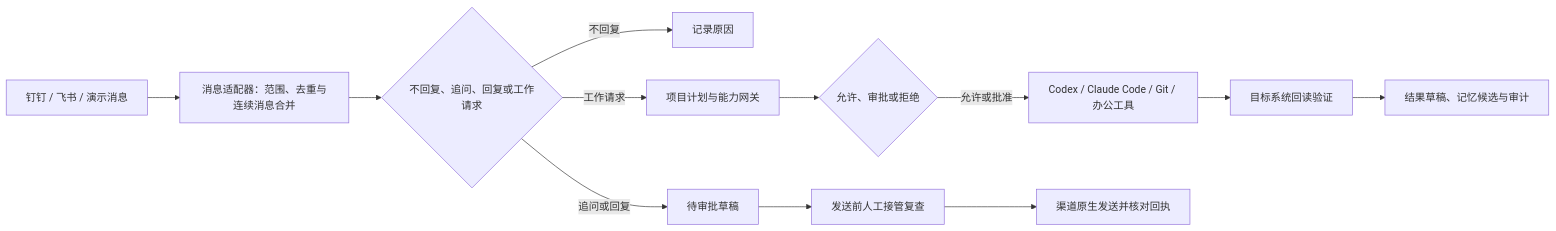
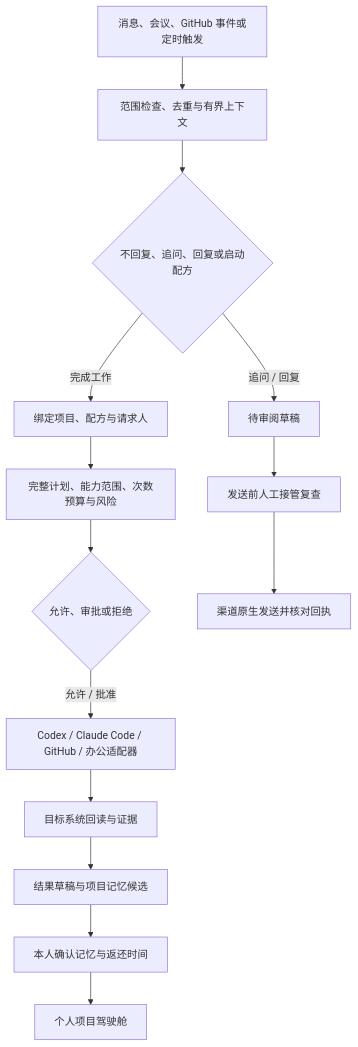
One commit to ruiwang20010702/ai-employee changed the first of 2 diagrams in README_ZH.md. Above: the diagram before and after it, drawn with Mermaid. The commit also changed other lines of this file and 81 other files, not shown here.

````diff
--- a/README_ZH.md
+++ b/README_ZH.md
@@ -38,14 +38,16 @@
 ```mermaid
-flowchart LR
-    A["钉钉 / 飞书 / 演示消息"] --> B["消息适配器：范围、去重与连续消息合并"]
-    B --> C{"不回复、追问、回复或工作请求"}
-    C -->|"不回复"| D["记录原因"]
-    C -->|"追问或回复"| E["待审批草稿"]
-    C -->|"工作请求"| F["项目计划与能力网关"]
+flowchart TD
+    A["消息、会议、GitHub 事件或定时触发"] --> B["范围检查、去重与有界上下文"]
+    B --> C{"不回复、追问、回复或启动配方"}
+    C -->|"追问 / 回复"| D["待审阅草稿"]
+    C -->|"完成工作"| E["绑定项目、配方与请求人"]
+    E --> F["完整计划、能力范围、次数预算与风险"]
     F --> G{"允许、审批或拒绝"}
-    G -->|"允许或批准"| H["Codex / Claude Code / Git / 办公工具"]
-    H --> I["目标系统回读验证"]
-    I --> J["结果草稿、记忆候选与审计"]
-    E --> K["发送前人工接管复查"]
-    K --> L["渠道原生发送并核对回执"]
+    G -->|"允许 / 批准"| H["Codex / Claude Code / GitHub / 办公适配器"]
+    H --> I["目标系统回读与证据"]
+    I --> J["结果草稿与项目记忆候选"]
+    J --> K["本人确认记忆与返还时间"]
+    D --> L["发送前人工接管复查"]
+    L --> M["渠道原生发送并核对回执"]
+    K --> N["个人项目驾驶舱"]
 ```
````
